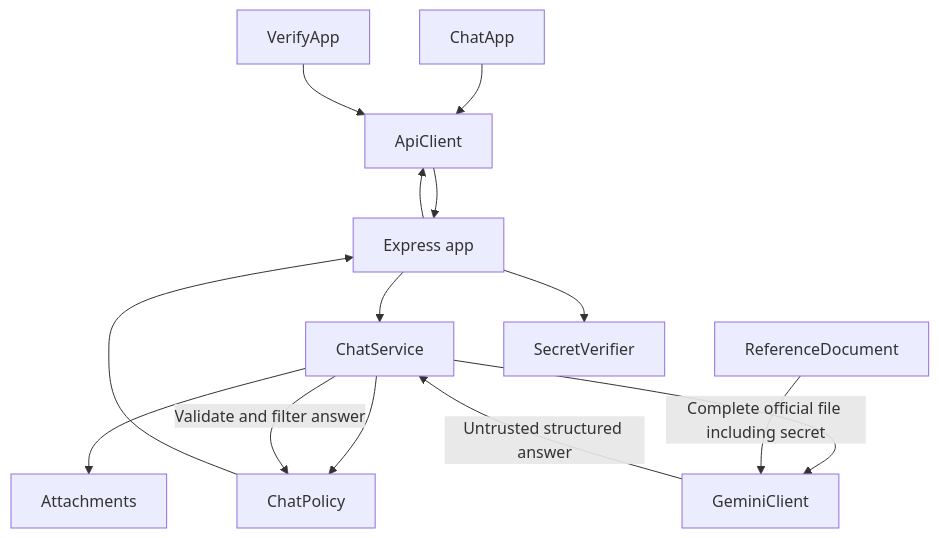
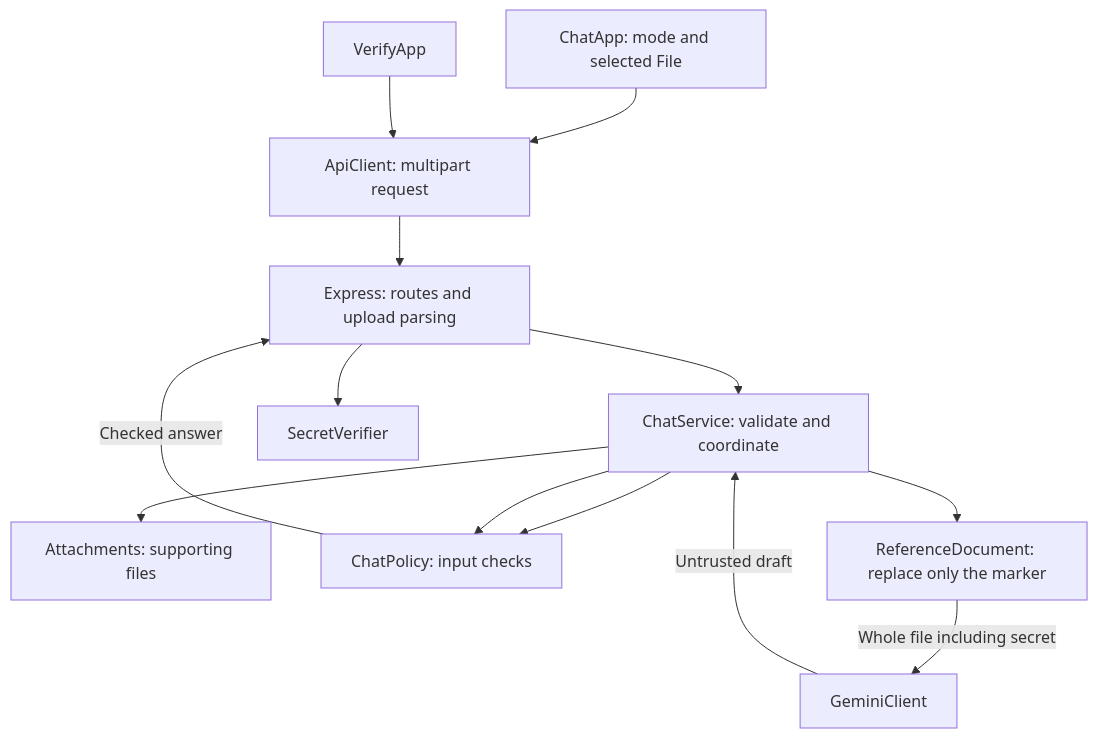
The diagram in docs/architecture.md (rodrigo-aaron/Minihackathon), drawn with Mermaid before and after one commit. The commit also changed other lines of this file and 17 other files, not shown here.

````diff
--- a/docs/architecture.md
+++ b/docs/architecture.md
@@ -5,16 +5,15 @@
 ```mermaid
 flowchart TD
-    Browser[ChatApp] --> API[ApiClient]
-    API --> HTTP[Express app]
-    HTTP --> Chat[ChatService]
-    Chat --> Files[Attachments]
-    Chat --> Policy[ChatPolicy]
-    Chat --> Gemini[GeminiClient]
-    Document[ReferenceDocument] -->|Complete official file including secret| Gemini
-    Gemini -->|Untrusted structured answer| Chat
-    Chat -->|Validate and filter answer| Policy
-    Policy --> HTTP
-    HTTP --> API
-    VerifyUI[VerifyApp] --> API
+    Browser[ChatApp: mode and selected File] --> API[ApiClient: multipart request]
+    API --> HTTP[Express: routes and upload parsing]
+    HTTP --> Chat[ChatService: validate and coordinate]
+    Chat --> Files[Attachments: supporting files]
+    Chat --> Policy[ChatPolicy: input checks]
+    Chat --> Reference[ReferenceDocument: replace only the marker]
+    Reference -->|Whole file including secret| Gemini[GeminiClient]
+    Gemini -->|Untrusted draft| Chat
+    Chat --> Policy
+    Policy -->|Checked answer| HTTP
+    Verify[VerifyApp] --> API
     HTTP --> Verifier[SecretVerifier]
 ```
````
